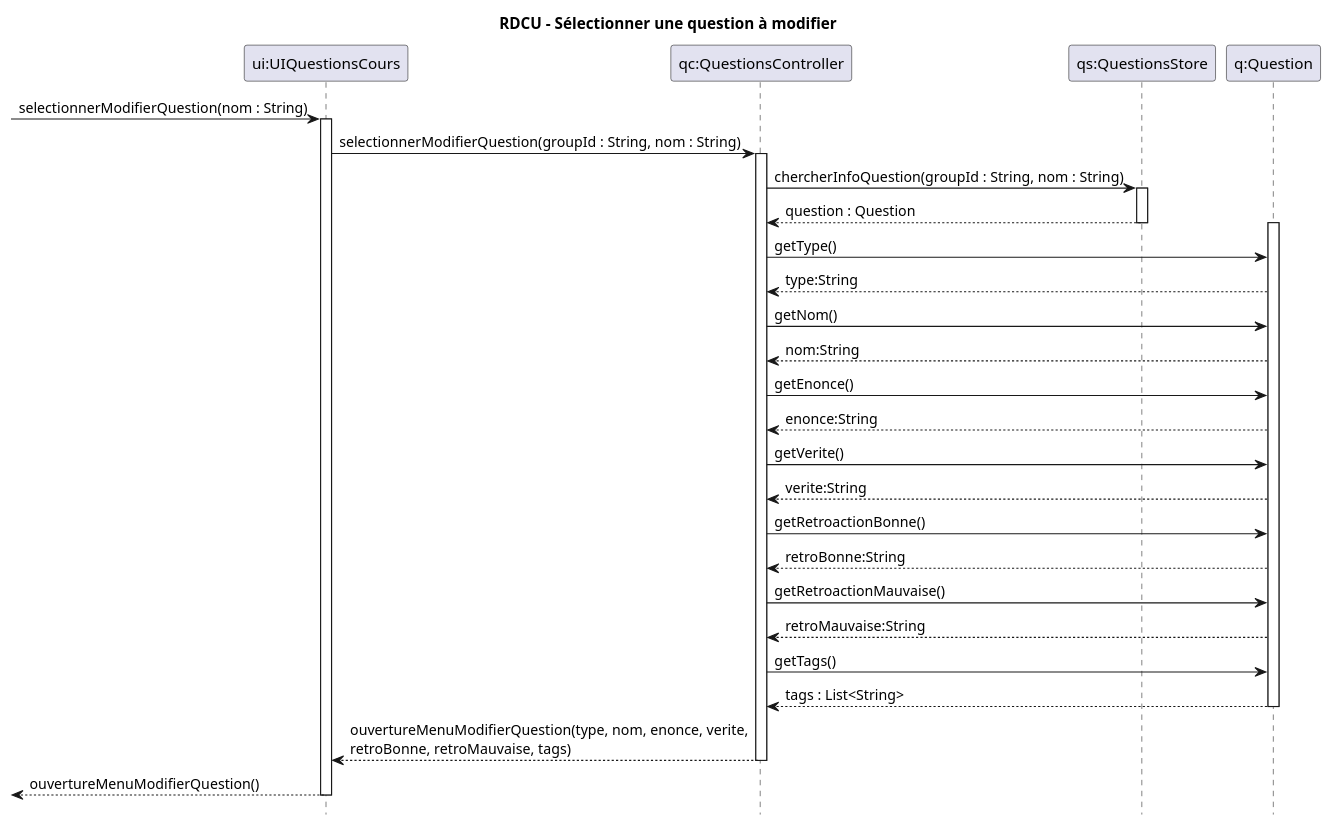
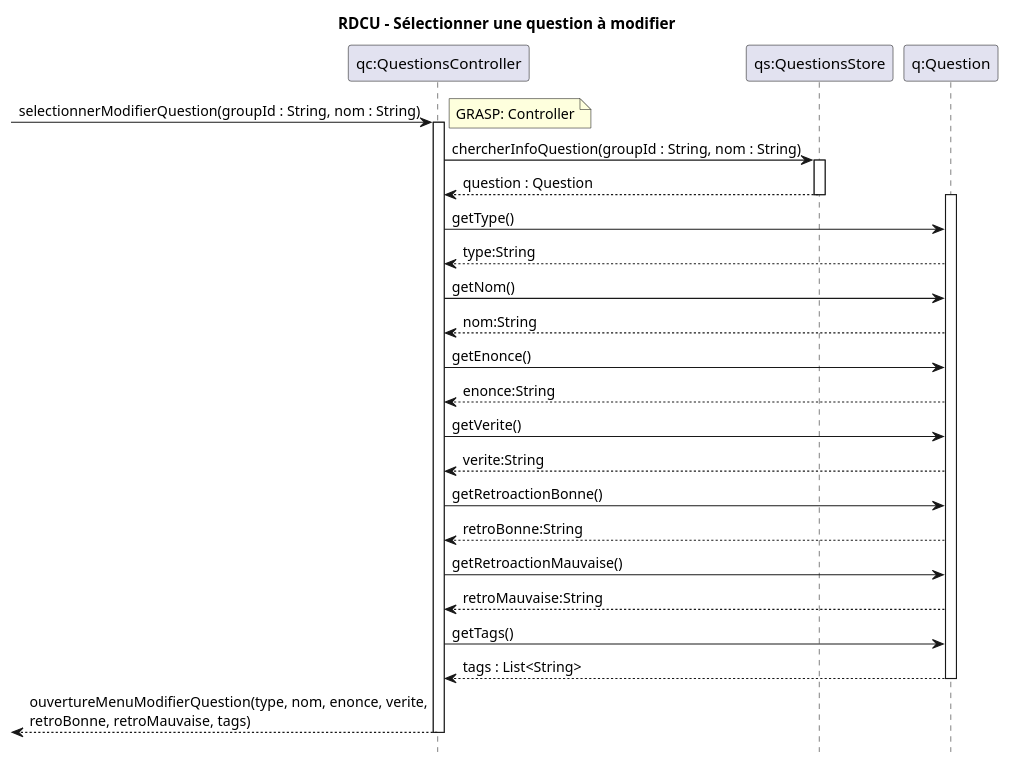
Before and after one commit to xMrYahya/moodle-clone: the diagram in docs/modeles/cu02/rdcu-selectionner-modifier-question.puml, drawn with PlantUML. The commit also changed 20 other files, not shown here.

```diff
--- a/docs/modeles/cu02/rdcu-selectionner-modifier-question.puml
+++ b/docs/modeles/cu02/rdcu-selectionner-modifier-question.puml
@@ -1,51 +1,44 @@
 @startuml
 hide footbox
 title RDCU – Sélectionner une question à modifier
 
-participant "ui:UIQuestionsCours" as UI
 participant "qc:QuestionsController" as QC
 participant "qs:QuestionsStore" as QS
 participant "q:Question" as Q
 
-
--> UI : selectionnerModifierQuestion(nom : String)
-activate UI
-
-UI -> QC : selectionnerModifierQuestion(groupId : String, nom : String)
+-> QC : selectionnerModifierQuestion(groupId : String, nom : String)
+note right: GRASP: Controller
 activate QC
 
 QC -> QS : chercherInfoQuestion(groupId : String, nom : String)
 activate QS
 QS --> QC : question : Question
 deactivate QS
 
 activate Q
 QC -> Q : getType()
 Q --> QC : type:String
 
 QC -> Q : getNom()
 Q --> QC : nom:String
 
 QC -> Q : getEnonce()
 Q --> QC : enonce:String
 
 QC -> Q : getVerite()
 Q --> QC : verite:String
 
 QC -> Q : getRetroactionBonne()
 Q --> QC : retroBonne:String
 
 QC -> Q : getRetroactionMauvaise()
 Q --> QC : retroMauvaise:String
 
 QC -> Q : getTags()
 Q --> QC : tags : List<String>
 deactivate Q
 
-QC --> UI : ouvertureMenuModifierQuestion(type, nom, enonce, verite,\nretroBonne, retroMauvaise, tags)
+<-- QC : ouvertureMenuModifierQuestion(type, nom, enonce, verite,\nretroBonne, retroMauvaise, tags)
 deactivate QC
 
-<-- UI  : ouvertureMenuModifierQuestion() 
-deactivate UI
-
 @enduml
```
